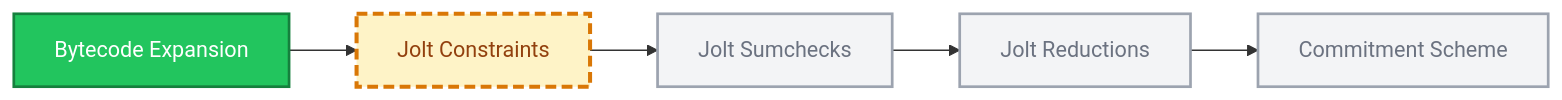
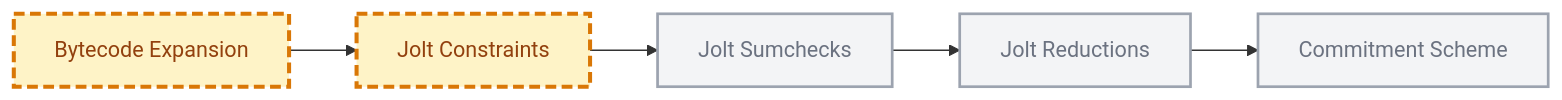
One commit to LayerZero-Labs/jolt-qed changed the diagram in README.md. Above: the diagram before and after it, drawn with Mermaid. The commit also changed other lines of this file and 186 other files, not shown here.

````diff
--- a/README.md
+++ b/README.md
@@ -10,13 +10,12 @@
 ```mermaid
 flowchart LR
     A["Bytecode Expansion"] --> B["Jolt Constraints"] --> C["Jolt Sumchecks"] --> D["Jolt Reductions"] --> E["Commitment Scheme"]
 
     classDef complete fill:#22c55e,stroke:#15803d,stroke-width:2px,color:#ffffff
     classDef inprogress fill:#fef3c7,stroke:#d97706,stroke-width:3px,stroke-dasharray:8 4,color:#92400e
     classDef pending fill:#f3f4f6,stroke:#9ca3af,stroke-width:2px,color:#6b7280
 
-    class A complete
-    class B inprogress
+    class A,B inprogress
     class C,D,E pending
 
 ```
````
